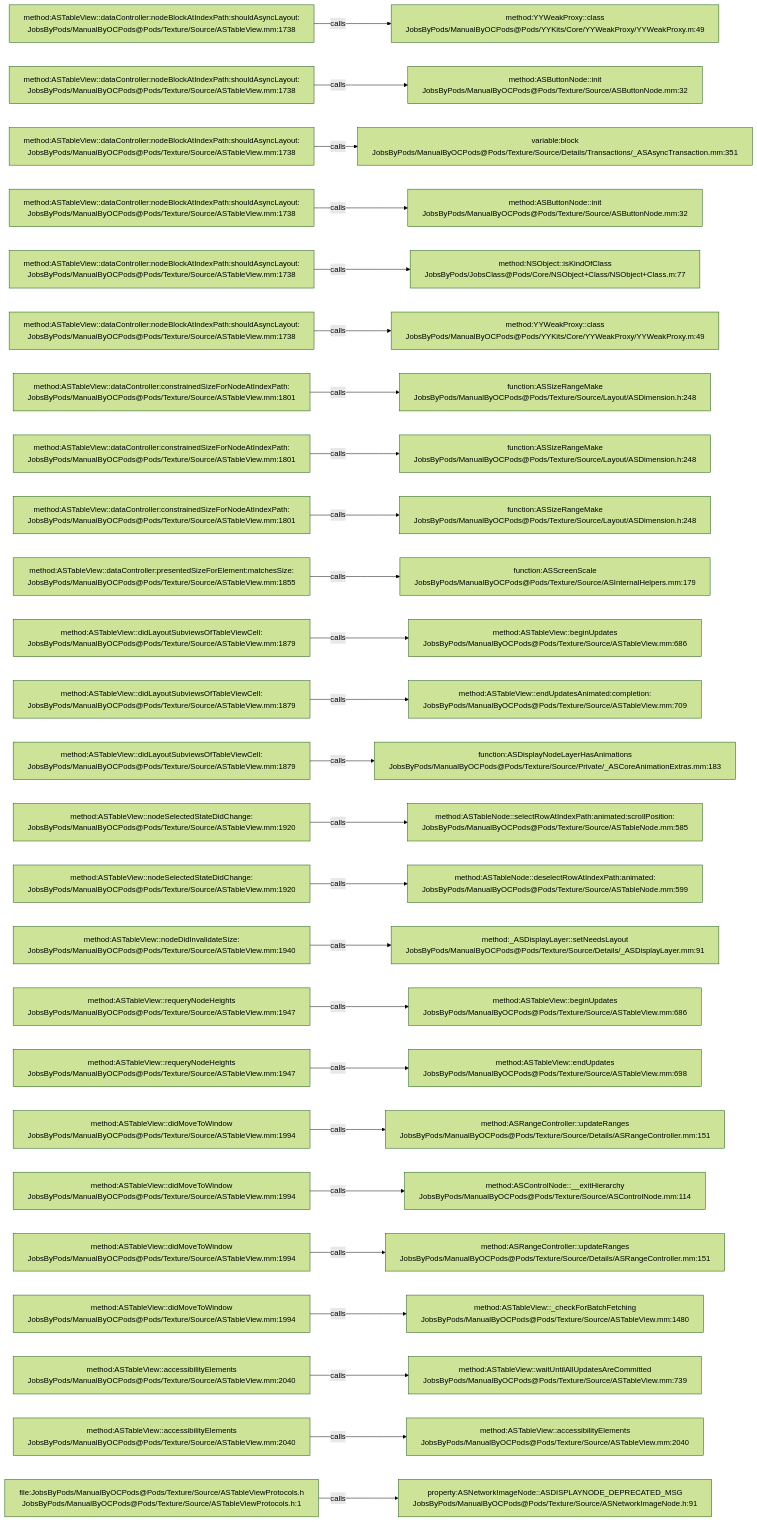
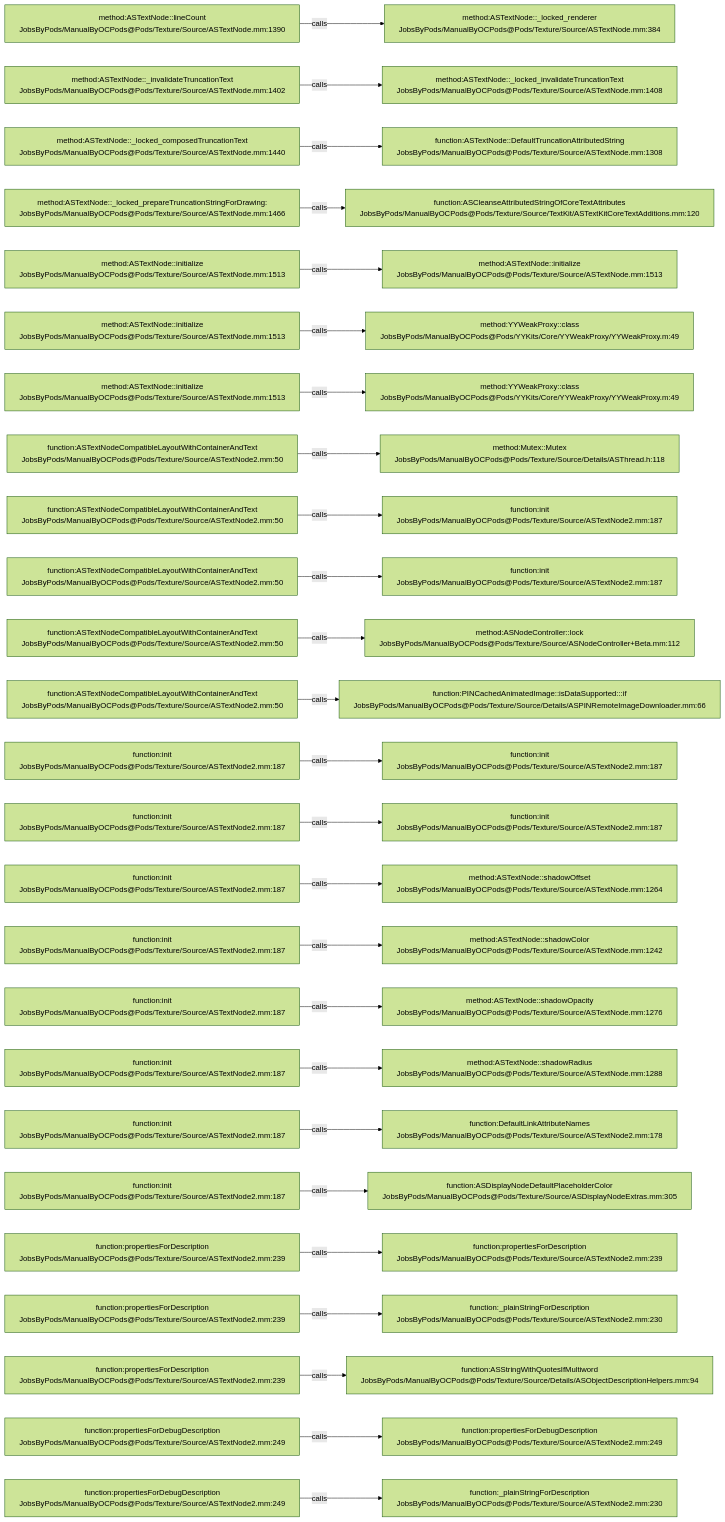
Before and after one commit to JobsKits/JobsOCBaseConfigDemo: the diagram in .codegraph/codegraph.md/graphs/calls-123.md, drawn with Mermaid (forest theme). The commit also changed 2723 other files, not shown here.

````diff
--- a/.codegraph/codegraph.md/graphs/calls-123.md
+++ b/.codegraph/codegraph.md/graphs/calls-123.md
@@ -13,78 +13,78 @@
 ```mermaid
 flowchart LR
-  S1["method:ASTableView::dataController:nodeBlockAtIndexPath:shouldAsyncLayout:<br/>JobsByPods/ManualByOCPods@Pods/Texture/Source/ASTableView.mm:1738"]
-  T1["method:YYWeakProxy::class<br/>JobsByPods/ManualByOCPods@Pods/YYKits/Core/YYWeakProxy/YYWeakProxy.m:49"]
+  S1["method:ASTextNode::lineCount<br/>JobsByPods/ManualByOCPods@Pods/Texture/Source/ASTextNode.mm:1390"]
+  T1["method:ASTextNode::_locked_renderer<br/>JobsByPods/ManualByOCPods@Pods/Texture/Source/ASTextNode.mm:384"]
   S1 -->|calls| T1
-  S2["method:ASTableView::dataController:nodeBlockAtIndexPath:shouldAsyncLayout:<br/>JobsByPods/ManualByOCPods@Pods/Texture/Source/ASTableView.mm:1738"]
-  T2["method:ASButtonNode::init<br/>JobsByPods/ManualByOCPods@Pods/Texture/Source/ASButtonNode.mm:32"]
+  S2["method:ASTextNode::_invalidateTruncationText<br/>JobsByPods/ManualByOCPods@Pods/Texture/Source/ASTextNode.mm:1402"]
+  T2["method:ASTextNode::_locked_invalidateTruncationText<br/>JobsByPods/ManualByOCPods@Pods/Texture/Source/ASTextNode.mm:1408"]
   S2 -->|calls| T2
-  S3["method:ASTableView::dataController:nodeBlockAtIndexPath:shouldAsyncLayout:<br/>JobsByPods/ManualByOCPods@Pods/Texture/Source/ASTableView.mm:1738"]
-  T3["variable:block<br/>JobsByPods/ManualByOCPods@Pods/Texture/Source/Details/Transactions/_ASAsyncTransaction.mm:351"]
+  S3["method:ASTextNode::_locked_composedTruncationText<br/>JobsByPods/ManualByOCPods@Pods/Texture/Source/ASTextNode.mm:1440"]
+  T3["function:ASTextNode::DefaultTruncationAttributedString<br/>JobsByPods/ManualByOCPods@Pods/Texture/Source/ASTextNode.mm:1308"]
   S3 -->|calls| T3
-  S4["method:ASTableView::dataController:nodeBlockAtIndexPath:shouldAsyncLayout:<br/>JobsByPods/ManualByOCPods@Pods/Texture/Source/ASTableView.mm:1738"]
-  T4["method:ASButtonNode::init<br/>JobsByPods/ManualByOCPods@Pods/Texture/Source/ASButtonNode.mm:32"]
+  S4["method:ASTextNode::_locked_prepareTruncationStringForDrawing:<br/>JobsByPods/ManualByOCPods@Pods/Texture/Source/ASTextNode.mm:1466"]
+  T4["function:ASCleanseAttributedStringOfCoreTextAttributes<br/>JobsByPods/ManualByOCPods@Pods/Texture/Source/TextKit/ASTextKitCoreTextAdditions.mm:120"]
   S4 -->|calls| T4
-  S5["method:ASTableView::dataController:nodeBlockAtIndexPath:shouldAsyncLayout:<br/>JobsByPods/ManualByOCPods@Pods/Texture/Source/ASTableView.mm:1738"]
-  T5["method:NSObject::isKindOfClass<br/>JobsByPods/JobsClass@Pods/Core/NSObject+Class/NSObject+Class.m:77"]
+  S5["method:ASTextNode::initialize<br/>JobsByPods/ManualByOCPods@Pods/Texture/Source/ASTextNode.mm:1513"]
+  T5["method:ASTextNode::initialize<br/>JobsByPods/ManualByOCPods@Pods/Texture/Source/ASTextNode.mm:1513"]
   S5 -->|calls| T5
-  S6["method:ASTableView::dataController:nodeBlockAtIndexPath:shouldAsyncLayout:<br/>JobsByPods/ManualByOCPods@Pods/Texture/Source/ASTableView.mm:1738"]
+  S6["method:ASTextNode::initialize<br/>JobsByPods/ManualByOCPods@Pods/Texture/Source/ASTextNode.mm:1513"]
   T6["method:YYWeakProxy::class<br/>JobsByPods/ManualByOCPods@Pods/YYKits/Core/YYWeakProxy/YYWeakProxy.m:49"]
   S6 -->|calls| T6
-  S7["method:ASTableView::dataController:constrainedSizeForNodeAtIndexPath:<br/>JobsByPods/ManualByOCPods@Pods/Texture/Source/ASTableView.mm:1801"]
-  T7["function:ASSizeRangeMake<br/>JobsByPods/ManualByOCPods@Pods/Texture/Source/Layout/ASDimension.h:248"]
+  S7["method:ASTextNode::initialize<br/>JobsByPods/ManualByOCPods@Pods/Texture/Source/ASTextNode.mm:1513"]
+  T7["method:YYWeakProxy::class<br/>JobsByPods/ManualByOCPods@Pods/YYKits/Core/YYWeakProxy/YYWeakProxy.m:49"]
   S7 -->|calls| T7
-  S8["method:ASTableView::dataController:constrainedSizeForNodeAtIndexPath:<br/>JobsByPods/ManualByOCPods@Pods/Texture/Source/ASTableView.mm:1801"]
-  T8["function:ASSizeRangeMake<br/>JobsByPods/ManualByOCPods@Pods/Texture/Source/Layout/ASDimension.h:248"]
+  S8["function:ASTextNodeCompatibleLayoutWithContainerAndText<br/>JobsByPods/ManualByOCPods@Pods/Texture/Source/ASTextNode2.mm:50"]
+  T8["method:Mutex::Mutex<br/>JobsByPods/ManualByOCPods@Pods/Texture/Source/Details/ASThread.h:118"]
   S8 -->|calls| T8
-  S9["method:ASTableView::dataController:constrainedSizeForNodeAtIndexPath:<br/>JobsByPods/ManualByOCPods@Pods/Texture/Source/ASTableView.mm:1801"]
-  T9["function:ASSizeRangeMake<br/>JobsByPods/ManualByOCPods@Pods/Texture/Source/Layout/ASDimension.h:248"]
+  S9["function:ASTextNodeCompatibleLayoutWithContainerAndText<br/>JobsByPods/ManualByOCPods@Pods/Texture/Source/ASTextNode2.mm:50"]
+  T9["function:init<br/>JobsByPods/ManualByOCPods@Pods/Texture/Source/ASTextNode2.mm:187"]
   S9 -->|calls| T9
-  S10["method:ASTableView::dataController:presentedSizeForElement:matchesSize:<br/>JobsByPods/ManualByOCPods@Pods/Texture/Source/ASTableView.mm:1855"]
-  T10["function:ASScreenScale<br/>JobsByPods/ManualByOCPods@Pods/Texture/Source/ASInternalHelpers.mm:179"]
+  S10["function:ASTextNodeCompatibleLayoutWithContainerAndText<br/>JobsByPods/ManualByOCPods@Pods/Texture/Source/ASTextNode2.mm:50"]
+  T10["function:init<br/>JobsByPods/ManualByOCPods@Pods/Texture/Source/ASTextNode2.mm:187"]
   S10 -->|calls| T10
-  S11["method:ASTableView::didLayoutSubviewsOfTableViewCell:<br/>JobsByPods/ManualByOCPods@Pods/Texture/Source/ASTableView.mm:1879"]
-  T11["method:ASTableView::beginUpdates<br/>JobsByPods/ManualByOCPods@Pods/Texture/Source/ASTableView.mm:686"]
+  S11["function:ASTextNodeCompatibleLayoutWithContainerAndText<br/>JobsByPods/ManualByOCPods@Pods/Texture/Source/ASTextNode2.mm:50"]
+  T11["method:ASNodeController::lock<br/>JobsByPods/ManualByOCPods@Pods/Texture/Source/ASNodeController+Beta.mm:112"]
   S11 -->|calls| T11
-  S12["method:ASTableView::didLayoutSubviewsOfTableViewCell:<br/>JobsByPods/ManualByOCPods@Pods/Texture/Source/ASTableView.mm:1879"]
-  T12["method:ASTableView::endUpdatesAnimated:completion:<br/>JobsByPods/ManualByOCPods@Pods/Texture/Source/ASTableView.mm:709"]
+  S12["function:ASTextNodeCompatibleLayoutWithContainerAndText<br/>JobsByPods/ManualByOCPods@Pods/Texture/Source/ASTextNode2.mm:50"]
+  T12["function:PINCachedAnimatedImage::isDataSupported:::if<br/>JobsByPods/ManualByOCPods@Pods/Texture/Source/Details/ASPINRemoteImageDownloader.mm:66"]
   S12 -->|calls| T12
-  S13["method:ASTableView::didLayoutSubviewsOfTableViewCell:<br/>JobsByPods/ManualByOCPods@Pods/Texture/Source/ASTableView.mm:1879"]
-  T13["function:ASDisplayNodeLayerHasAnimations<br/>JobsByPods/ManualByOCPods@Pods/Texture/Source/Private/_ASCoreAnimationExtras.mm:183"]
+  S13["function:init<br/>JobsByPods/ManualByOCPods@Pods/Texture/Source/ASTextNode2.mm:187"]
+  T13["function:init<br/>JobsByPods/ManualByOCPods@Pods/Texture/Source/ASTextNode2.mm:187"]
   S13 -->|calls| T13
-  S14["method:ASTableView::nodeSelectedStateDidChange:<br/>JobsByPods/ManualByOCPods@Pods/Texture/Source/ASTableView.mm:1920"]
-  T14["method:ASTableNode::selectRowAtIndexPath:animated:scrollPosition:<br/>JobsByPods/ManualByOCPods@Pods/Texture/Source/ASTableNode.mm:585"]
+  S14["function:init<br/>JobsByPods/ManualByOCPods@Pods/Texture/Source/ASTextNode2.mm:187"]
+  T14["function:init<br/>JobsByPods/ManualByOCPods@Pods/Texture/Source/ASTextNode2.mm:187"]
   S14 -->|calls| T14
-  S15["method:ASTableView::nodeSelectedStateDidChange:<br/>JobsByPods/ManualByOCPods@Pods/Texture/Source/ASTableView.mm:1920"]
-  T15["method:ASTableNode::deselectRowAtIndexPath:animated:<br/>JobsByPods/ManualByOCPods@Pods/Texture/Source/ASTableNode.mm:599"]
+  S15["function:init<br/>JobsByPods/ManualByOCPods@Pods/Texture/Source/ASTextNode2.mm:187"]
+  T15["method:ASTextNode::shadowOffset<br/>JobsByPods/ManualByOCPods@Pods/Texture/Source/ASTextNode.mm:1264"]
   S15 -->|calls| T15
-  S16["method:ASTableView::nodeDidInvalidateSize:<br/>JobsByPods/ManualByOCPods@Pods/Texture/Source/ASTableView.mm:1940"]
-  T16["method:_ASDisplayLayer::setNeedsLayout<br/>JobsByPods/ManualByOCPods@Pods/Texture/Source/Details/_ASDisplayLayer.mm:91"]
+  S16["function:init<br/>JobsByPods/ManualByOCPods@Pods/Texture/Source/ASTextNode2.mm:187"]
+  T16["method:ASTextNode::shadowColor<br/>JobsByPods/ManualByOCPods@Pods/Texture/Source/ASTextNode.mm:1242"]
   S16 -->|calls| T16
-  S17["method:ASTableView::requeryNodeHeights<br/>JobsByPods/ManualByOCPods@Pods/Texture/Source/ASTableView.mm:1947"]
-  T17["method:ASTableView::beginUpdates<br/>JobsByPods/ManualByOCPods@Pods/Texture/Source/ASTableView.mm:686"]
+  S17["function:init<br/>JobsByPods/ManualByOCPods@Pods/Texture/Source/ASTextNode2.mm:187"]
+  T17["method:ASTextNode::shadowOpacity<br/>JobsByPods/ManualByOCPods@Pods/Texture/Source/ASTextNode.mm:1276"]
   S17 -->|calls| T17
-  S18["method:ASTableView::requeryNodeHeights<br/>JobsByPods/ManualByOCPods@Pods/Texture/Source/ASTableView.mm:1947"]
-  T18["method:ASTableView::endUpdates<br/>JobsByPods/ManualByOCPods@Pods/Texture/Source/ASTableView.mm:698"]
+  S18["function:init<br/>JobsByPods/ManualByOCPods@Pods/Texture/Source/ASTextNode2.mm:187"]
+  T18["method:ASTextNode::shadowRadius<br/>JobsByPods/ManualByOCPods@Pods/Texture/Source/ASTextNode.mm:1288"]
   S18 -->|calls| T18
-  S19["method:ASTableView::didMoveToWindow<br/>JobsByPods/ManualByOCPods@Pods/Texture/Source/ASTableView.mm:1994"]
-  T19["method:ASRangeController::updateRanges<br/>JobsByPods/ManualByOCPods@Pods/Texture/Source/Details/ASRangeController.mm:151"]
+  S19["function:init<br/>JobsByPods/ManualByOCPods@Pods/Texture/Source/ASTextNode2.mm:187"]
+  T19["function:DefaultLinkAttributeNames<br/>JobsByPods/ManualByOCPods@Pods/Texture/Source/ASTextNode2.mm:178"]
   S19 -->|calls| T19
-  S20["method:ASTableView::didMoveToWindow<br/>JobsByPods/ManualByOCPods@Pods/Texture/Source/ASTableView.mm:1994"]
-  T20["method:ASControlNode::__exitHierarchy<br/>JobsByPods/ManualByOCPods@Pods/Texture/Source/ASControlNode.mm:114"]
+  S20["function:init<br/>JobsByPods/ManualByOCPods@Pods/Texture/Source/ASTextNode2.mm:187"]
+  T20["function:ASDisplayNodeDefaultPlaceholderColor<br/>JobsByPods/ManualByOCPods@Pods/Texture/Source/ASDisplayNodeExtras.mm:305"]
   S20 -->|calls| T20
-  S21["method:ASTableView::didMoveToWindow<br/>JobsByPods/ManualByOCPods@Pods/Texture/Source/ASTableView.mm:1994"]
-  T21["method:ASRangeController::updateRanges<br/>JobsByPods/ManualByOCPods@Pods/Texture/Source/Details/ASRangeController.mm:151"]
+  S21["function:propertiesForDescription<br/>JobsByPods/ManualByOCPods@Pods/Texture/Source/ASTextNode2.mm:239"]
+  T21["function:propertiesForDescription<br/>JobsByPods/ManualByOCPods@Pods/Texture/Source/ASTextNode2.mm:239"]
   S21 -->|calls| T21
-  S22["method:ASTableView::didMoveToWindow<br/>JobsByPods/ManualByOCPods@Pods/Texture/Source/ASTableView.mm:1994"]
-  T22["method:ASTableView::_checkForBatchFetching<br/>JobsByPods/ManualByOCPods@Pods/Texture/Source/ASTableView.mm:1480"]
+  S22["function:propertiesForDescription<br/>JobsByPods/ManualByOCPods@Pods/Texture/Source/ASTextNode2.mm:239"]
+  T22["function:_plainStringForDescription<br/>JobsByPods/ManualByOCPods@Pods/Texture/Source/ASTextNode2.mm:230"]
   S22 -->|calls| T22
-  S23["method:ASTableView::accessibilityElements<br/>JobsByPods/ManualByOCPods@Pods/Texture/Source/ASTableView.mm:2040"]
-  T23["method:ASTableView::waitUntilAllUpdatesAreCommitted<br/>JobsByPods/ManualByOCPods@Pods/Texture/Source/ASTableView.mm:739"]
+  S23["function:propertiesForDescription<br/>JobsByPods/ManualByOCPods@Pods/Texture/Source/ASTextNode2.mm:239"]
+  T23["function:ASStringWithQuotesIfMultiword<br/>JobsByPods/ManualByOCPods@Pods/Texture/Source/Details/ASObjectDescriptionHelpers.mm:94"]
   S23 -->|calls| T23
-  S24["method:ASTableView::accessibilityElements<br/>JobsByPods/ManualByOCPods@Pods/Texture/Source/ASTableView.mm:2040"]
-  T24["method:ASTableView::accessibilityElements<br/>JobsByPods/ManualByOCPods@Pods/Texture/Source/ASTableView.mm:2040"]
+  S24["function:propertiesForDebugDescription<br/>JobsByPods/ManualByOCPods@Pods/Texture/Source/ASTextNode2.mm:249"]
+  T24["function:propertiesForDebugDescription<br/>JobsByPods/ManualByOCPods@Pods/Texture/Source/ASTextNode2.mm:249"]
   S24 -->|calls| T24
-  S25["file:JobsByPods/ManualByOCPods@Pods/Texture/Source/ASTableViewProtocols.h<br/>JobsByPods/ManualByOCPods@Pods/Texture/Source/ASTableViewProtocols.h:1"]
-  T25["property:ASNetworkImageNode::ASDISPLAYNODE_DEPRECATED_MSG<br/>JobsByPods/ManualByOCPods@Pods/Texture/Source/ASNetworkImageNode.h:91"]
+  S25["function:propertiesForDebugDescription<br/>JobsByPods/ManualByOCPods@Pods/Texture/Source/ASTextNode2.mm:249"]
+  T25["function:_plainStringForDescription<br/>JobsByPods/ManualByOCPods@Pods/Texture/Source/ASTextNode2.mm:230"]
   S25 -->|calls| T25
 ```
````
